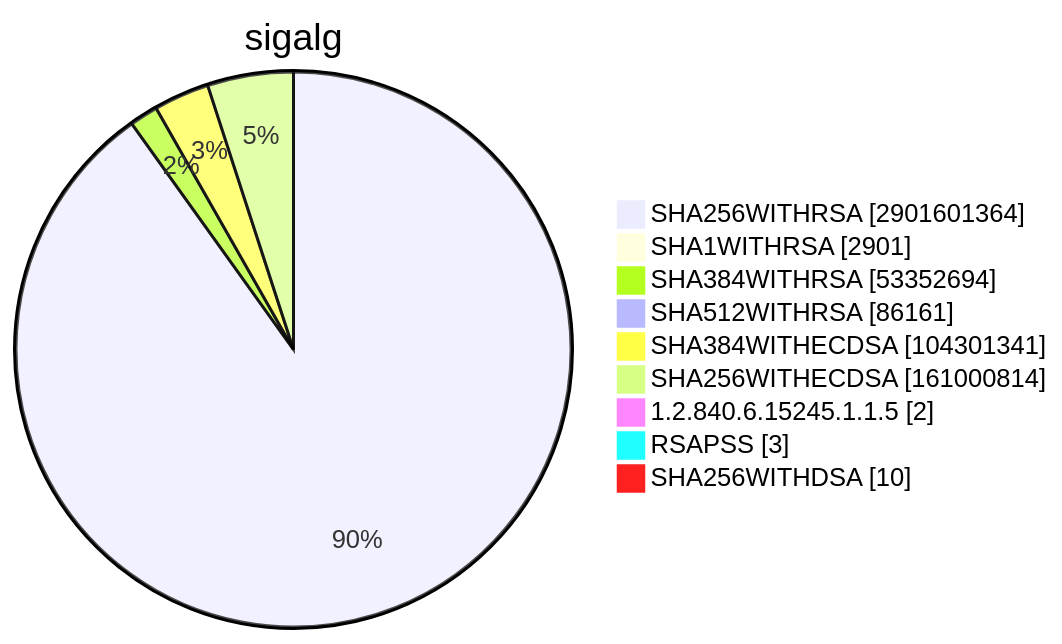
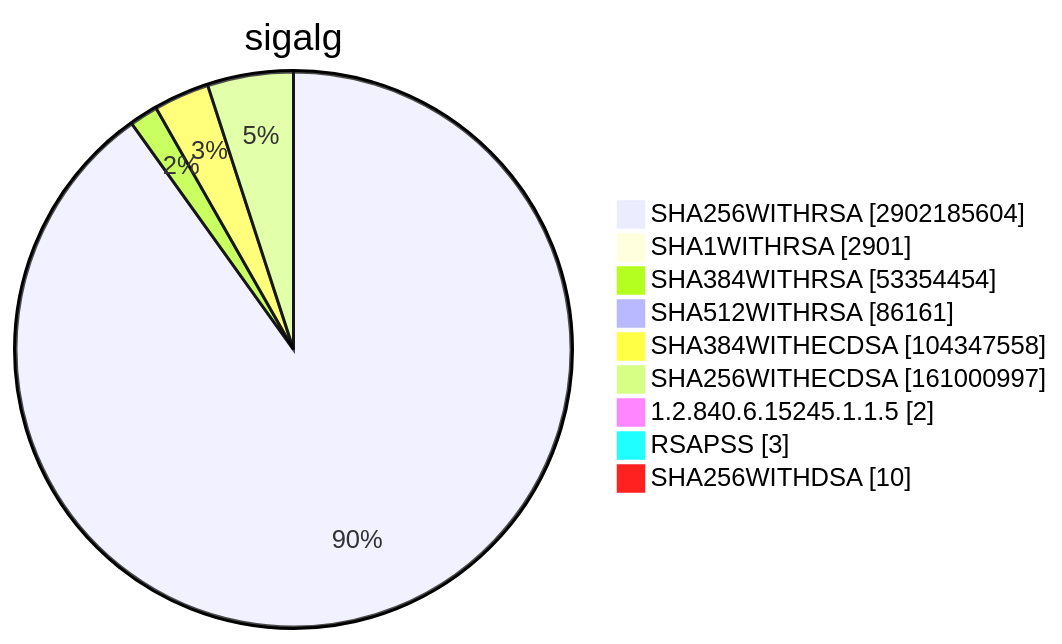
One commit to christiankrug/ctmonitor_visualization changed diagram 15 of 15 in TOTAL/README.md. Above: the diagram before and after it, drawn with Mermaid. The commit also changed other lines of this file, not shown here.

````diff
--- a/TOTAL/README.md
+++ b/TOTAL/README.md
@@ -6207,13 +6207,13 @@
 ```mermaid
 pie showData
 title sigalg
-"SHA256WITHRSA" :2901601364
+"SHA256WITHRSA" :2902185604
 "SHA1WITHRSA" :2901
-"SHA384WITHRSA" :53352694
+"SHA384WITHRSA" :53354454
 "SHA512WITHRSA" :86161
-"SHA384WITHECDSA" :104301341
-"SHA256WITHECDSA" :161000814
+"SHA384WITHECDSA" :104347558
+"SHA256WITHECDSA" :161000997
 "1.2.840.6.15245.1.1.5" :2
 "RSAPSS" :3
 "SHA256WITHDSA" :10
 ```
````
